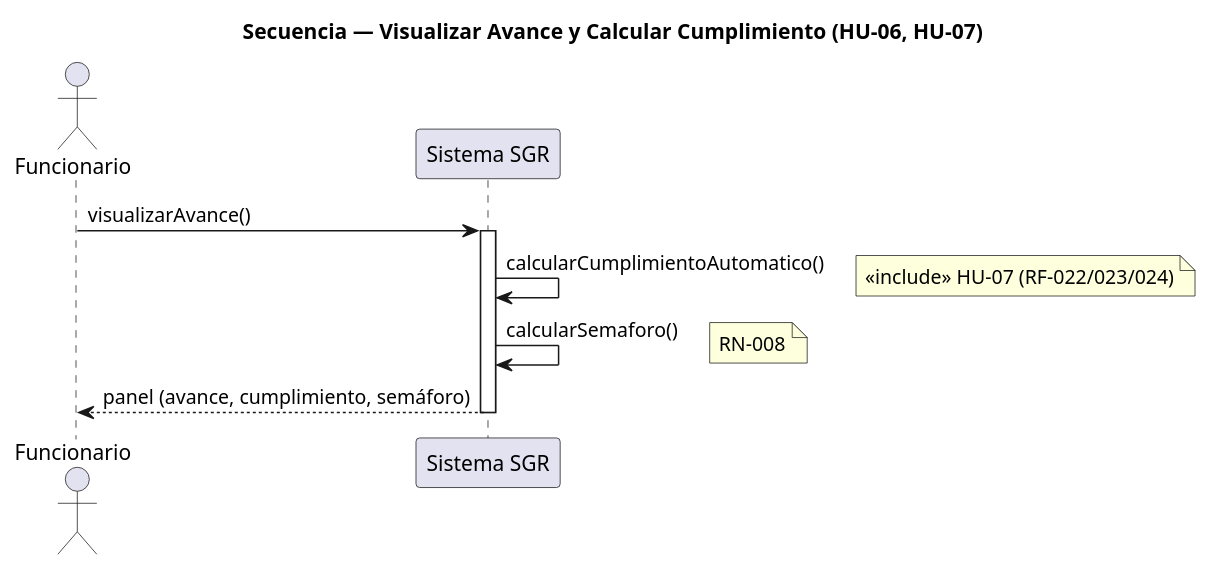
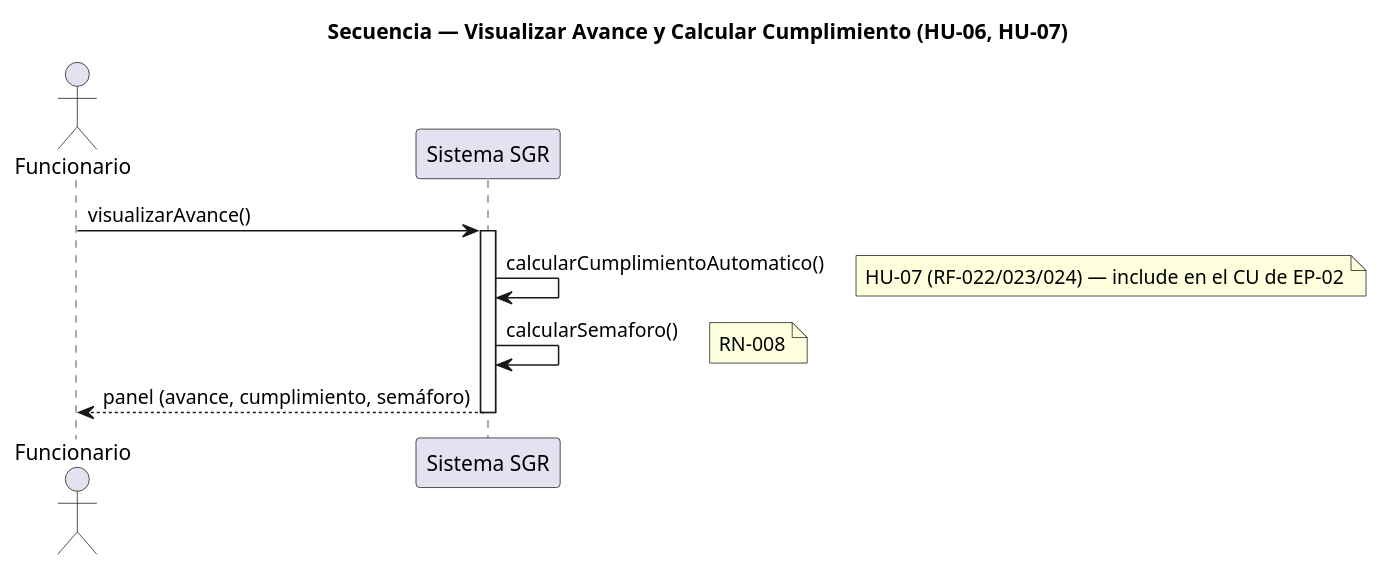
The diagram in assets/actividad-3/sec-avance-cumplimiento.puml (Ren-reno/ev1), drawn with PlantUML before and after one commit. The commit also changed 9 other files, not shown here.

```diff
--- a/assets/actividad-3/sec-avance-cumplimiento.puml
+++ b/assets/actividad-3/sec-avance-cumplimiento.puml
@@ -1,16 +1,16 @@
 @startuml sec-avance-cumplimiento
 title Secuencia — Visualizar Avance y Calcular Cumplimiento (HU-06, HU-07)
 
 actor Funcionario
 participant "Sistema SGR" as SGR
 
 Funcionario -> SGR: visualizarAvance()
 activate SGR
 SGR -> SGR: calcularCumplimientoAutomatico()
-note right: <<include>> HU-07 (RF-022/023/024)
+note right: HU-07 (RF-022/023/024) — include en el CU de EP-02
 SGR -> SGR: calcularSemaforo()
 note right: RN-008
 SGR --> Funcionario: panel (avance, cumplimiento, semáforo)
 deactivate SGR
 
 @enduml
```
